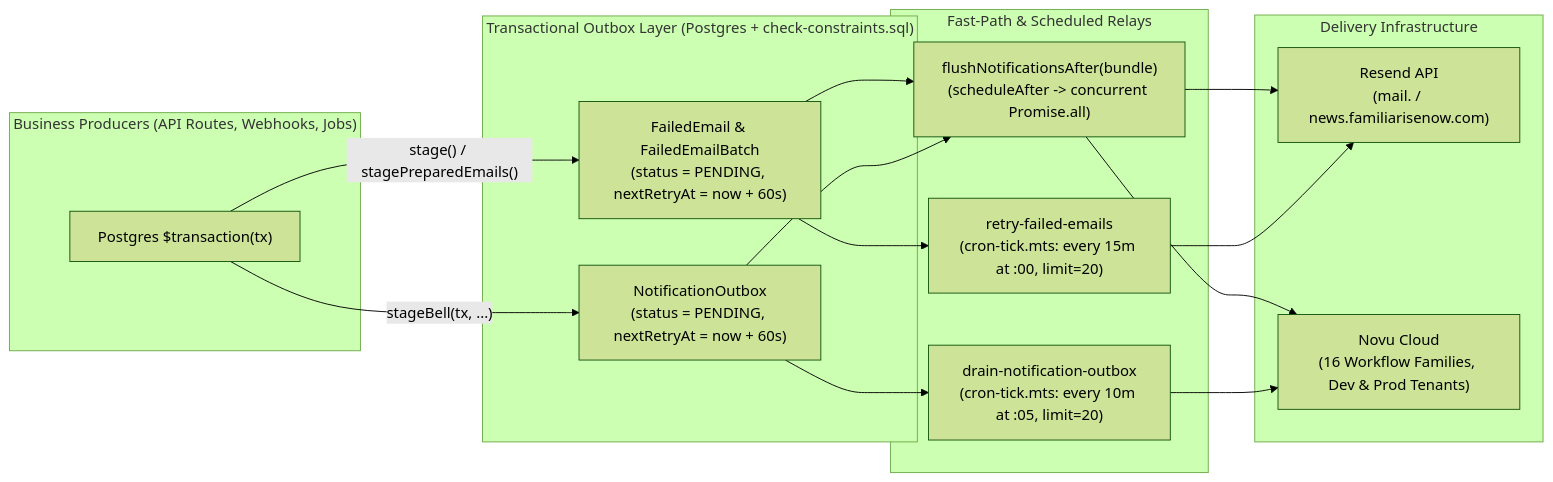
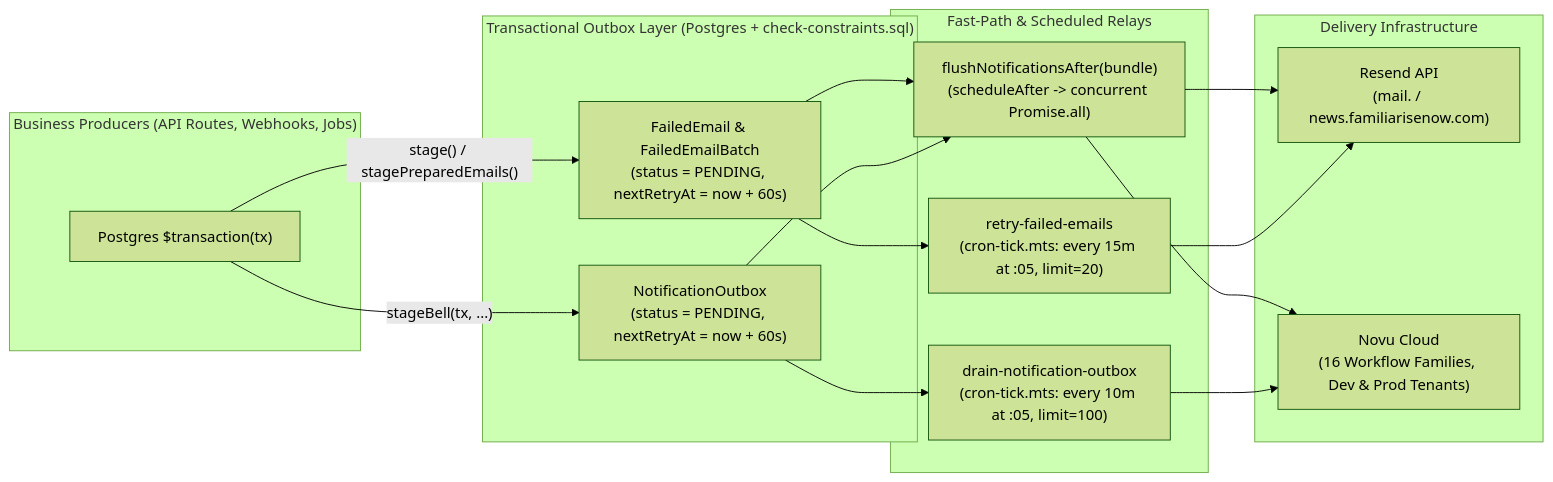
Before and after one commit to Practitionist/familiarise_web: the first of 6 diagrams in docs/notifications/01-architecture.md, drawn with Mermaid (forest theme). The commit also changed other lines of this file and 5 other files, not shown here.

````diff
--- a/docs/notifications/01-architecture.md
+++ b/docs/notifications/01-architecture.md
@@ -18,33 +18,33 @@
 ```mermaid
 graph LR
     subgraph "Business Producers (API Routes, Webhooks, Jobs)"
         TX["Postgres $transaction(tx)"]
     end
 
     subgraph "Transactional Outbox Layer (Postgres + check-constraints.sql)"
         FE["FailedEmail & FailedEmailBatch<br/>(status = PENDING, nextRetryAt = now + 60s)"]
         NO["NotificationOutbox<br/>(status = PENDING, nextRetryAt = now + 60s)"]
     end
 
     subgraph "Fast-Path & Scheduled Relays"
         FLUSH["flushNotificationsAfter(bundle)<br/>(scheduleAfter -> concurrent Promise.all)"]
-        ERELAY["retry-failed-emails<br/>(cron-tick.mts: every 15m at :00, limit=20)"]
-        NRELAY["drain-notification-outbox<br/>(cron-tick.mts: every 10m at :05, limit=20)"]
+        ERELAY["retry-failed-emails<br/>(cron-tick.mts: every 15m at :05, limit=20)"]
+        NRELAY["drain-notification-outbox<br/>(cron-tick.mts: every 10m at :05, limit=100)"]
     end
 
     subgraph "Delivery Infrastructure"
         RESEND["Resend API<br/>(mail. / news.familiarisenow.com)"]
         NOVU["Novu Cloud<br/>(16 Workflow Families, Dev & Prod Tenants)"]
     end
 
     TX -->|"stage() / stagePreparedEmails()"| FE
     TX -->|"stageBell(tx, ...)"| NO
     FE --> FLUSH
     NO --> FLUSH
     FE --> ERELAY
     NO --> NRELAY
     FLUSH --> RESEND
     ERELAY --> RESEND
     FLUSH --> NOVU
     NRELAY --> NOVU
 ```
````
